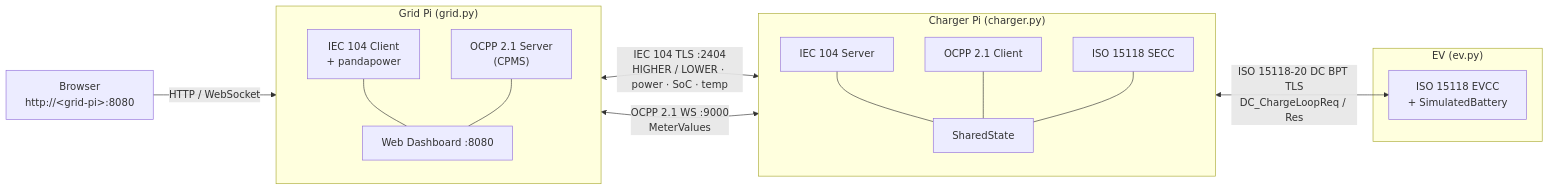
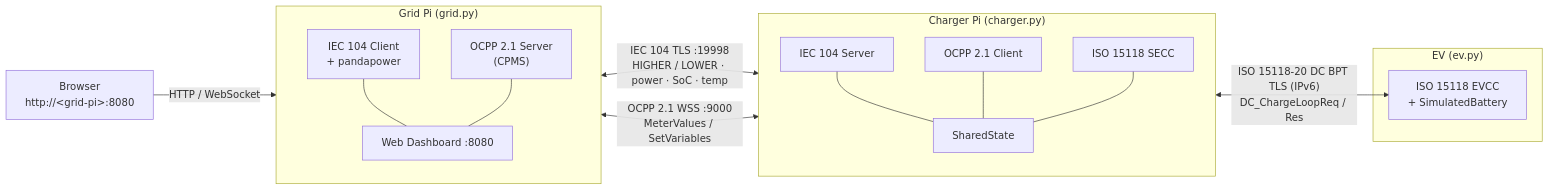
One commit to theteapot01/UoL_V2G changed the first of 3 diagrams in README.md. Above: the diagram before and after it, drawn with Mermaid. The commit also changed other lines of this file and 15 other files, not shown here.

Commit message:
updated readme, switched HIGHER/LOWER to fit natural interpretation. Other small updates

````diff
--- a/README.md
+++ b/README.md
@@ -18,33 +23,33 @@
 ```mermaid
 flowchart LR
     Browser["Browser\nhttp://&lt;grid-pi&gt;:8080"]
 
     subgraph GridPi["Grid Pi  (grid.py)"]
         direction TB
         GIC["IEC 104 Client\n+ pandapower"]
         GOS["OCPP 2.1 Server\n(CPMS)"]
         GDB["Web Dashboard :8080"]
     end
 
     subgraph ChargerPi["Charger Pi  (charger.py)"]
         direction TB
         CIS["IEC 104 Server"]
         COC["OCPP 2.1 Client"]
         CSS["SharedState"]
         CSC["ISO 15118 SECC"]
         CIS --- CSS
         COC --- CSS
         CSC --- CSS
     end
 
     subgraph EVSide["EV  (ev.py)"]
         EVC["ISO 15118 EVCC\n+ SimulatedBattery"]
     end
 
     Browser -->|"HTTP / WebSocket"| GDB
-    GIC <-->|"IEC 104 TLS :2404\nHIGHER / LOWER · power · SoC · temp"| CIS
-    GOS <-->|"OCPP 2.1 WS :9000\nMeterValues"| COC
-    CSC <-->|"ISO 15118-20 DC BPT TLS\nDC_ChargeLoopReq / Res"| EVC
+    GIC <-->|"IEC 104 TLS :19998\nHIGHER / LOWER · power · SoC · temp"| CIS
+    GOS <-->|"OCPP 2.1 WSS :9000\nMeterValues / SetVariables"| COC
+    CSC <-->|"ISO 15118-20 DC BPT TLS (IPv6)\nDC_ChargeLoopReq / Res"| EVC
     GIC --- GDB
     GOS --- GDB
 ```
````
